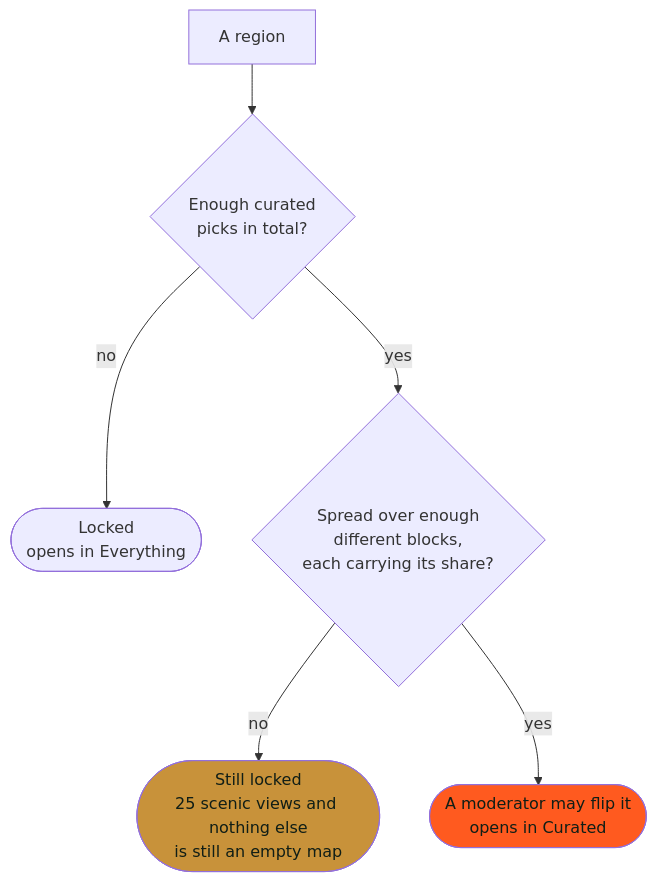
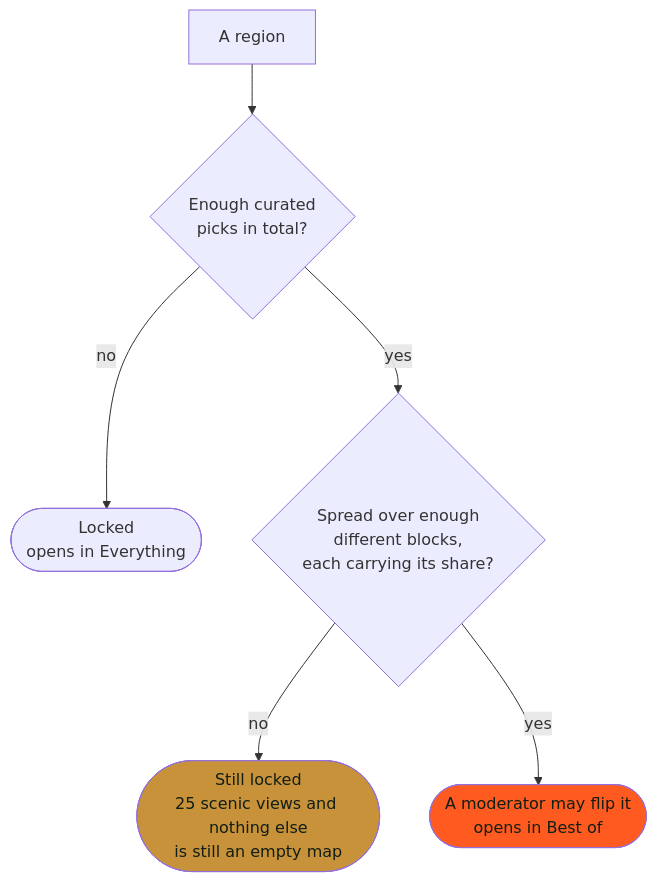
The seventh of 8 diagrams in wiki/data-priority.md (cycling-commons/cycling-commons), drawn with Mermaid before and after one commit. The commit also changed other lines of this file and 3 other files, not shown here.

````diff
--- a/wiki/data-priority.md
+++ b/wiki/data-priority.md
@@ -216,10 +244,10 @@
 ```mermaid
 flowchart TD
     R["A region"] --> T{"Enough curated<br/>picks in total?"}
     T -->|no| LOCK(["Locked<br/>opens in Everything"])
     T -->|yes| B{"Spread over enough<br/>different blocks,<br/>each carrying its share?"}
     B -->|no| LOCK2(["Still locked<br/>25 scenic views and nothing else<br/>is still an empty map"])
-    B -->|yes| OK(["A moderator may flip it<br/>opens in Curated"])
+    B -->|yes| OK(["A moderator may flip it<br/>opens in Best of"])
     style LOCK2 fill:#C8923A,color:#101E16
     style OK fill:#FF5A1F,color:#101E16
 ```
````
